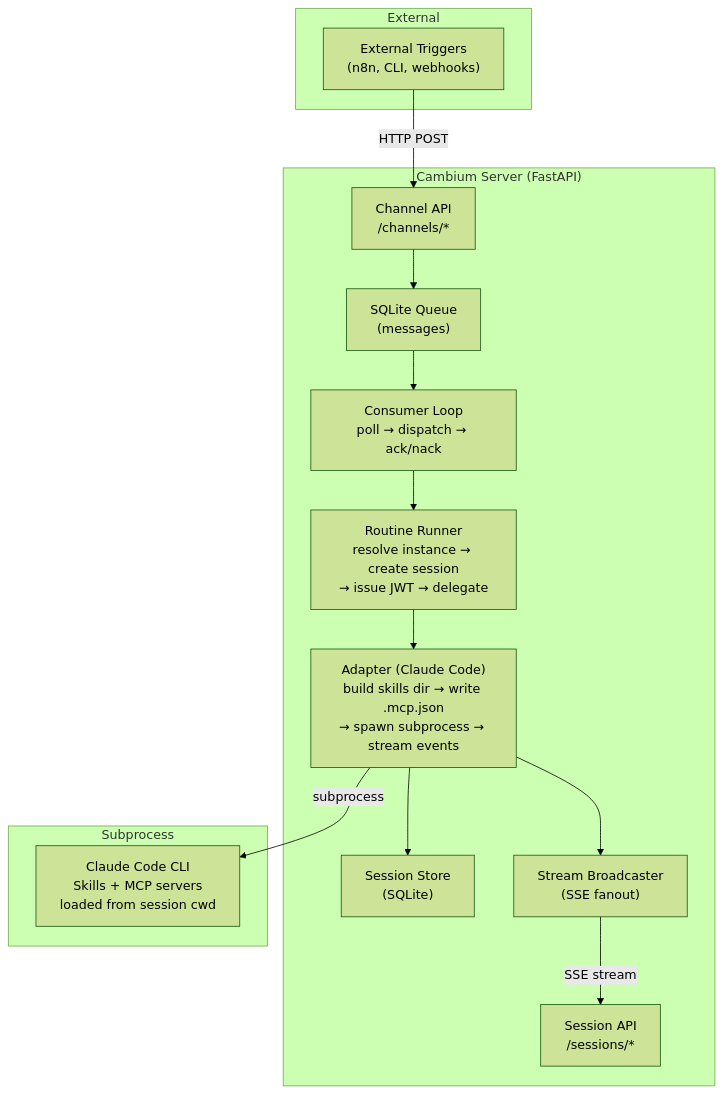
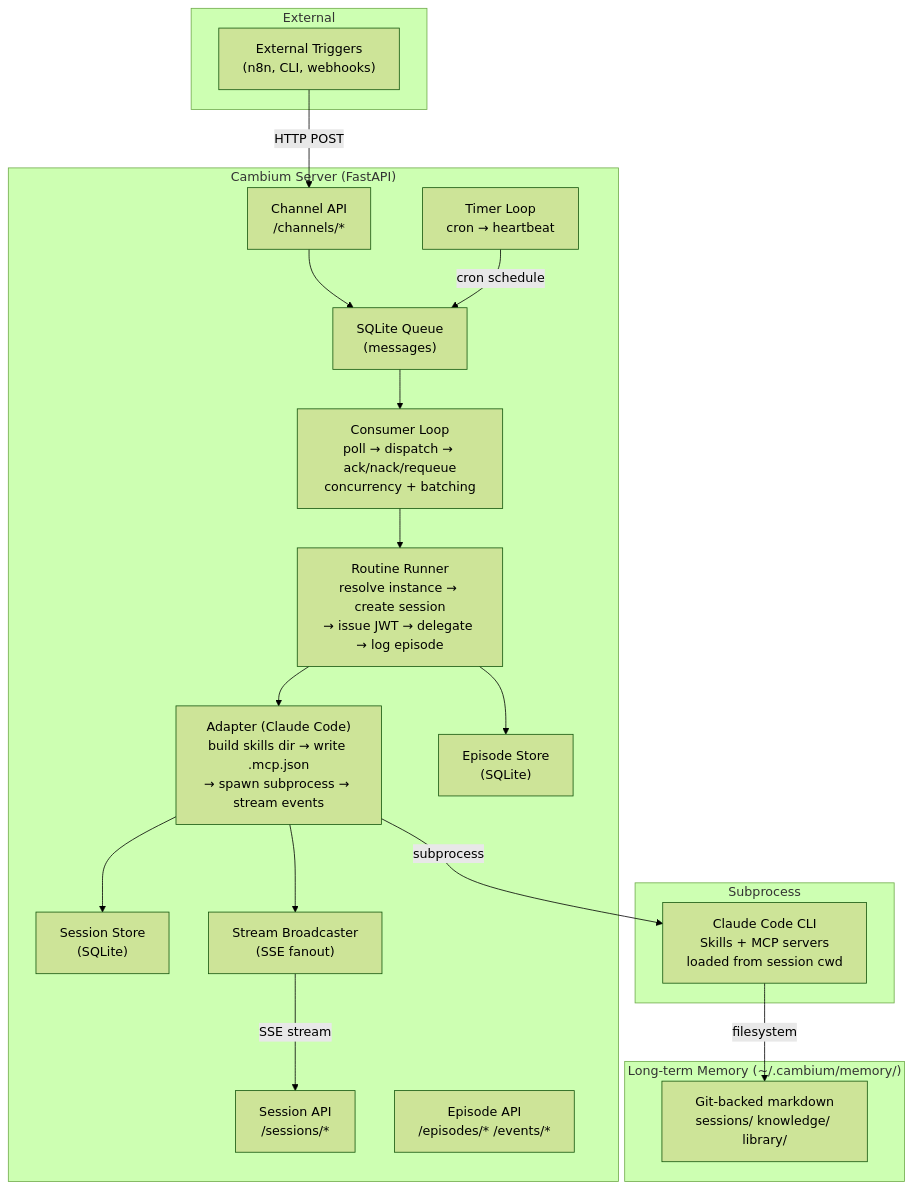
The first of 5 diagrams in docs/architecture.md (brayan07/cambium), drawn with Mermaid (forest theme) before and after one commit. The commit also changed other lines of this file and 48 other files, not shown here.

First line of the commit message:
Add memory system: episodic index, long-term memory, timer system, and infrastructure hardening

````diff
--- a/docs/architecture.md
+++ b/docs/architecture.md
@@ -15,31 +15,41 @@
 ```mermaid
 graph TD
     subgraph External
         Triggers["External Triggers<br/>(n8n, CLI, webhooks)"]
     end
 
     subgraph Server["Cambium Server (FastAPI)"]
         ChannelAPI["Channel API<br/>/channels/*"]
         Queue["SQLite Queue<br/>(messages)"]
-        Consumer["Consumer Loop<br/>poll → dispatch → ack/nack"]
+        Consumer["Consumer Loop<br/>poll → dispatch → ack/nack/requeue<br/>concurrency + batching"]
+        TimerLoop["Timer Loop<br/>cron → heartbeat"]
         SessionAPI["Session API<br/>/sessions/*"]
-        Runner["Routine Runner<br/>resolve instance → create session<br/>→ issue JWT → delegate"]
+        EpisodicAPI["Episode API<br/>/episodes/* /events/*"]
+        Runner["Routine Runner<br/>resolve instance → create session<br/>→ issue JWT → delegate → log episode"]
         Adapter["Adapter (Claude Code)<br/>build skills dir → write .mcp.json<br/>→ spawn subprocess → stream events"]
         Store["Session Store<br/>(SQLite)"]
+        EpisodeStore["Episode Store<br/>(SQLite)"]
         Broadcaster["Stream Broadcaster<br/>(SSE fanout)"]
+    end
+
+    subgraph Memory["Long-term Memory (~/.cambium/memory/)"]
+        MemoryDir["Git-backed markdown<br/>sessions/ knowledge/ library/"]
     end
 
     subgraph Subprocess
         Claude["Claude Code CLI<br/>Skills + MCP servers<br/>loaded from session cwd"]
     end
 
     Triggers -->|HTTP POST| ChannelAPI
     ChannelAPI --> Queue
+    TimerLoop -->|cron schedule| Queue
     Queue --> Consumer
     Consumer --> Runner
     Runner --> Adapter
+    Runner --> EpisodeStore
     Adapter --> Store
     Adapter --> Broadcaster
     Broadcaster -->|SSE stream| SessionAPI
     Adapter -->|subprocess| Claude
+    Claude -->|filesystem| MemoryDir
 ```
````
